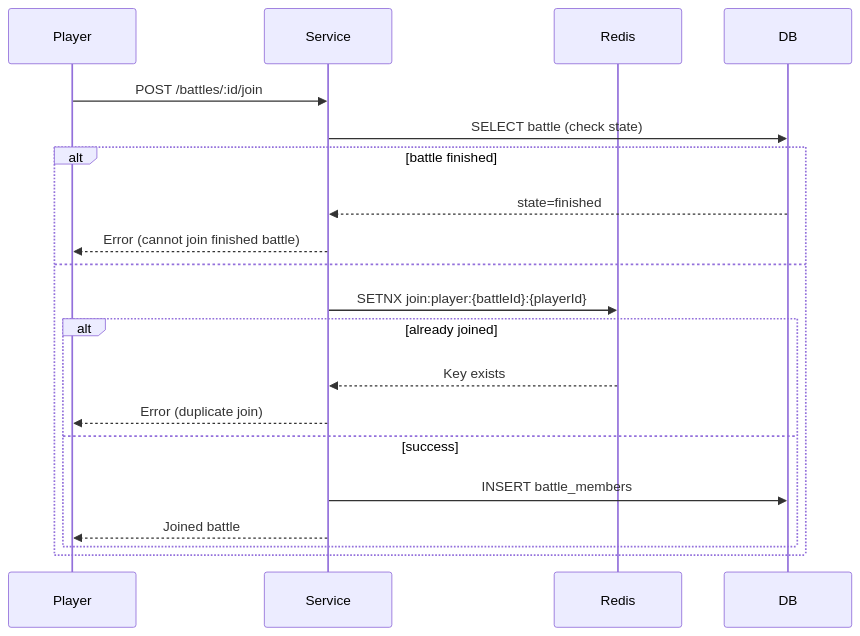
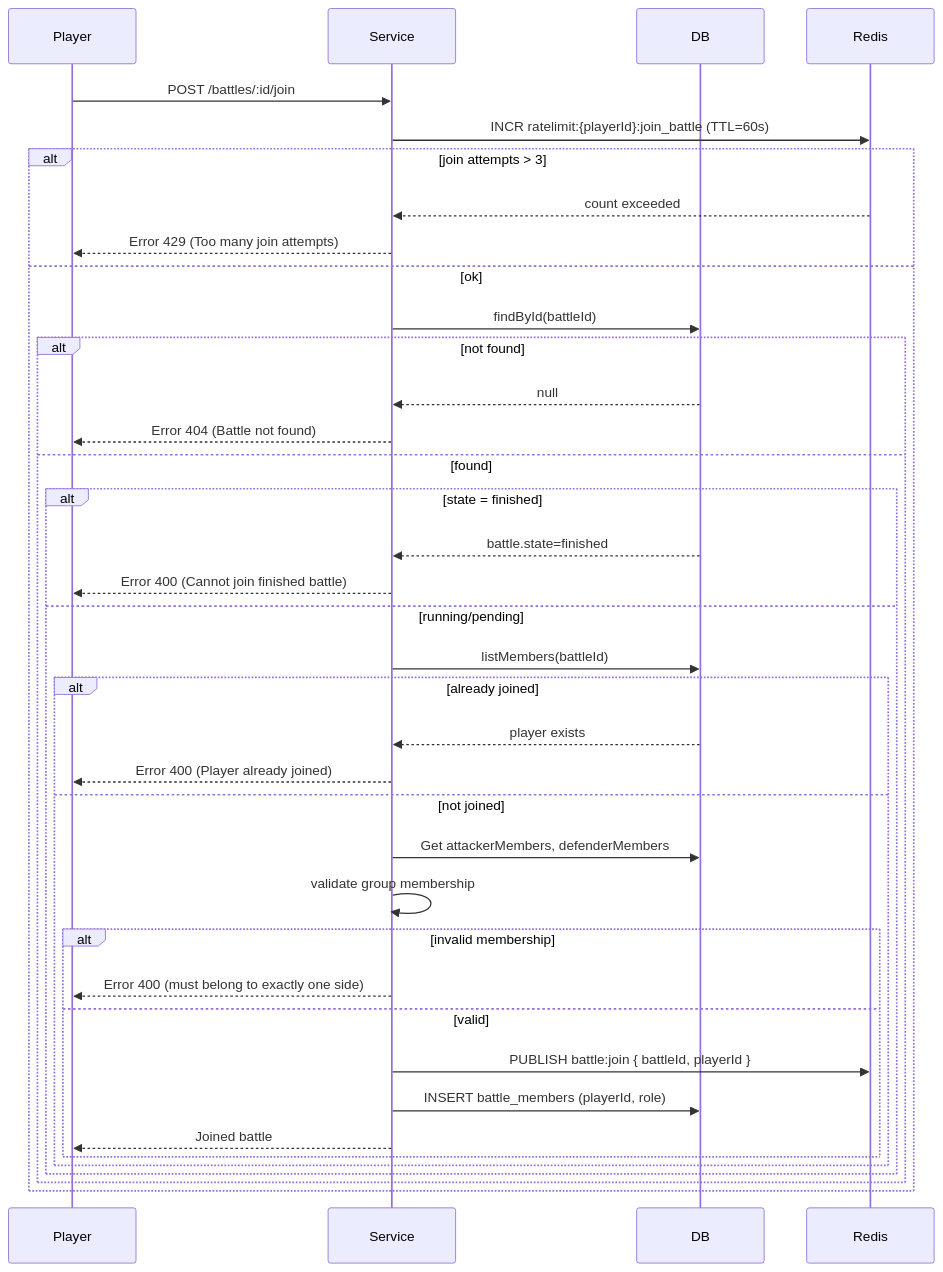
The third of 5 diagrams in README.md (akulnurislam/social-game), drawn with Mermaid before and after one commit. The commit also changed other lines of this file, not shown here.

Commit message:
readme update flow

````diff
--- a/README.md
+++ b/README.md
@@ -213,23 +222,42 @@
    ```mermaid
-   sequenceDiagram
-       participant Player
-       participant Service
-       participant Redis
-       participant DB
-   
-       Player->>Service: POST /battles/:id/join
-       Service->>DB: SELECT battle (check state)
-       alt battle finished
-           DB-->>Service: state=finished
-           Service-->>Player: Error (cannot join finished battle)
-       else
-           Service->>Redis: SETNX join:player:{battleId}:{playerId}
-           alt already joined
-               Redis-->>Service: Key exists
-               Service-->>Player: Error (duplicate join)
-           else success
-               Service->>DB: INSERT battle_members
-               Service-->>Player: Joined battle
-           end
-       end
+sequenceDiagram
+    participant Player
+    participant Service
+    participant DB
+    participant Redis
+
+    Player->>Service: POST /battles/:id/join
+    Service->>Redis: INCR ratelimit:{playerId}:join_battle (TTL=60s)
+    alt join attempts > 3
+        Redis-->>Service: count exceeded
+        Service-->>Player: Error 429 (Too many join attempts)
+    else ok
+        Service->>DB: findById(battleId)
+        alt not found
+            DB-->>Service: null
+            Service-->>Player: Error 404 (Battle not found)
+        else found
+            alt state = finished
+                DB-->>Service: battle.state=finished
+                Service-->>Player: Error 400 (Cannot join finished battle)
+            else running/pending
+                Service->>DB: listMembers(battleId)
+                alt already joined
+                    DB-->>Service: player exists
+                    Service-->>Player: Error 400 (Player already joined)
+                else not joined
+
+                    Service->>DB: Get attackerMembers, defenderMembers
+                    Service->>Service: validate group membership
+                    alt invalid membership
+                        Service-->>Player: Error 400 (must belong to exactly one side)
+                    else valid
+                        Service->>Redis: PUBLISH battle:join { battleId, playerId }
+                        Service->>DB: INSERT battle_members (playerId, role)
+                        Service-->>Player: Joined battle
+                    end
+                end
+            end
+        end
+    end
    ```
````
